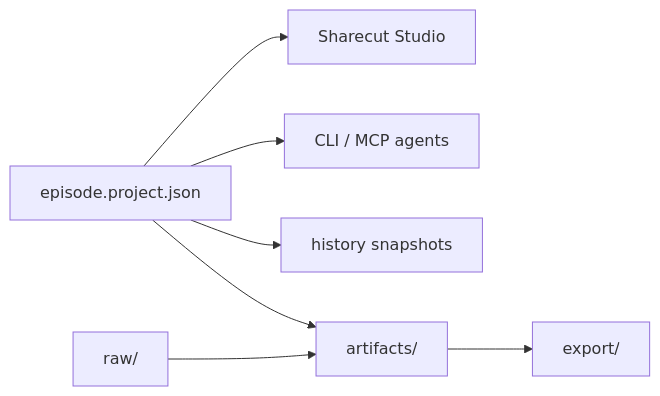
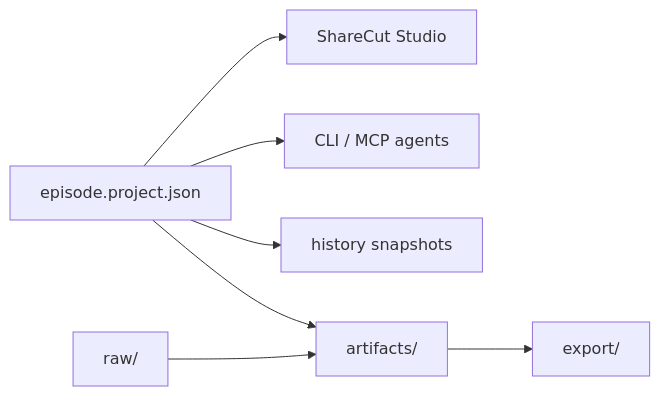
The first of 2 diagrams in ux/pages/domain-glossary.md (calebn/sharecut-studio), drawn with Mermaid before and after one commit. The commit also changed other lines of this file and 162 other files, not shown here.

First line of the commit message:
chore(brand): write ShareCut and ShareCut Studio with the capital C (#1923)

````diff
--- a/ux/pages/domain-glossary.md
+++ b/ux/pages/domain-glossary.md
@@ -129,9 +129,9 @@
 ```mermaid
 flowchart LR
-  P[episode.project.json] --> GUI[Sharecut Studio]
+  P[episode.project.json] --> GUI[ShareCut Studio]
   P --> CLI[CLI / MCP agents]
   P --> H[history snapshots]
   raw[raw/] --> ART[artifacts/]
   P --> ART
   ART --> EXP[export/]
 ```
````
